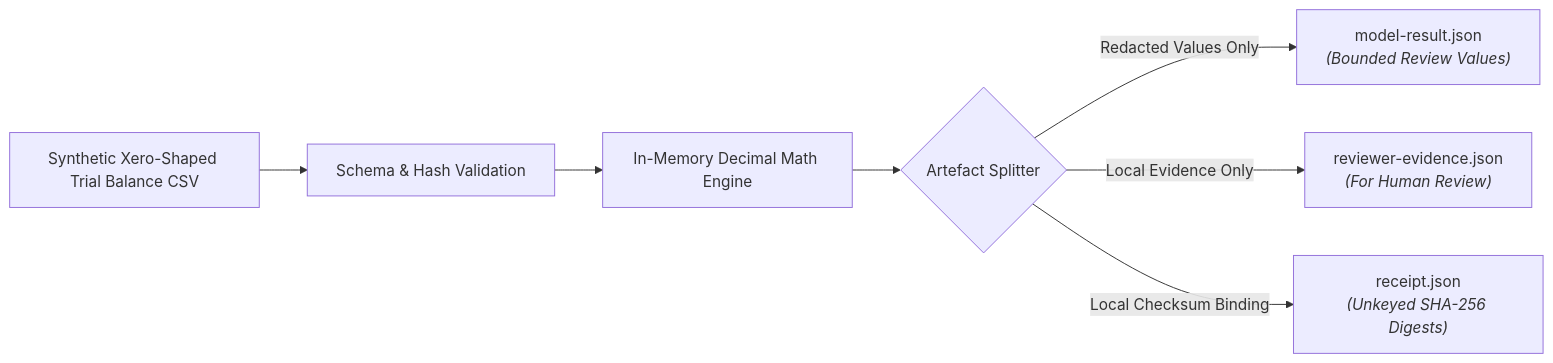
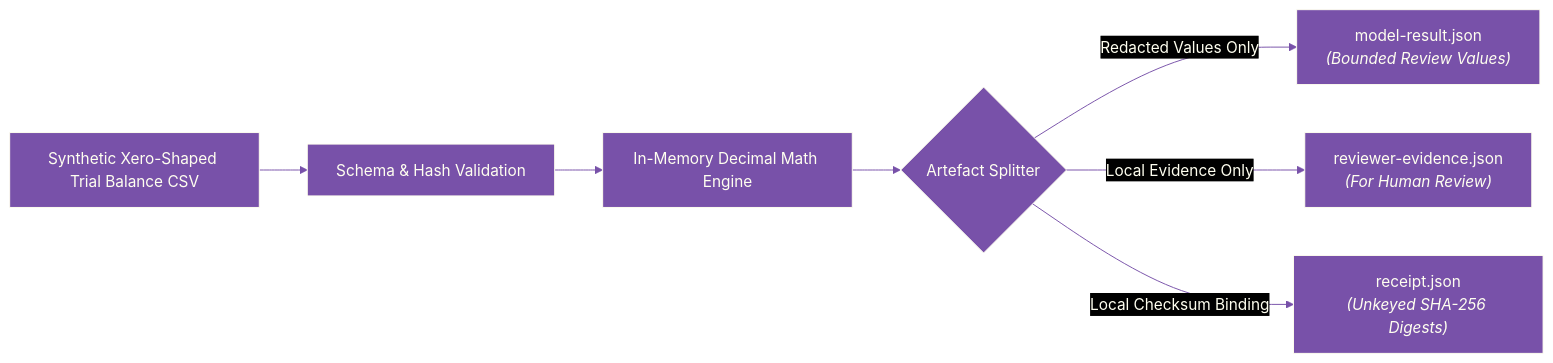
Before and after one commit to ryanduguid/accounting-review-pipeline: the diagram in packages/elizabeth-anne-alexander/DATA-FLOW.md, drawn with Mermaid. The commit also changed 4 other files, not shown here.

Commit message:
Use ivory, royal purple and black in Mermaid diagrams (#322)

````diff
--- a/packages/elizabeth-anne-alexander/DATA-FLOW.md
+++ b/packages/elizabeth-anne-alexander/DATA-FLOW.md
@@ -16,10 +16,11 @@
 ```mermaid
 flowchart LR
+%%{init: {"theme": "base", "themeVariables": {"background": "#000000", "primaryColor": "#7851A9", "primaryTextColor": "#FFFFF0", "primaryBorderColor": "#FFFFF0", "lineColor": "#7851A9", "textColor": "#FFFFF0", "edgeLabelBackground": "#000000", "clusterBkg": "#000000", "clusterBorder": "#7851A9", "titleColor": "#FFFFF0"}}}%%
     Source["Synthetic Xero-Shaped Trial Balance CSV"] --> Ingestion["Schema & Hash Validation"]
     Ingestion --> Sandbox["In-Memory Decimal Math Engine"]
     Sandbox --> Split{"Artefact Splitter"}
     
     Split -->|Redacted Values Only| ModelArtifact["model-result.json<br/><i>(Bounded Review Values)</i>"]
     Split -->|Local Evidence Only| HumanArtifact["reviewer-evidence.json<br/><i>(For Human Review)</i>"]
     Split -->|Local Checksum Binding| Receipt["receipt.json<br/><i>(Unkeyed SHA-256 Digests)</i>"]
 ```
````
